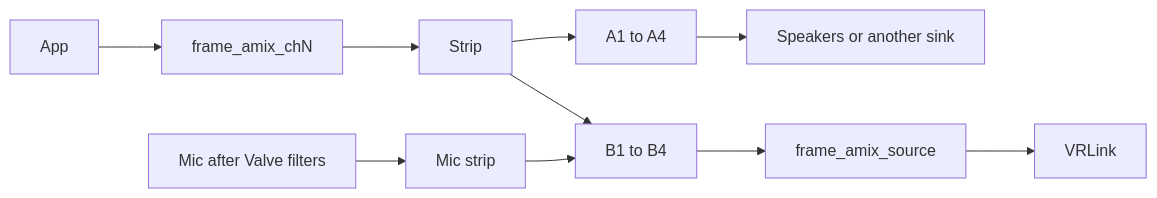
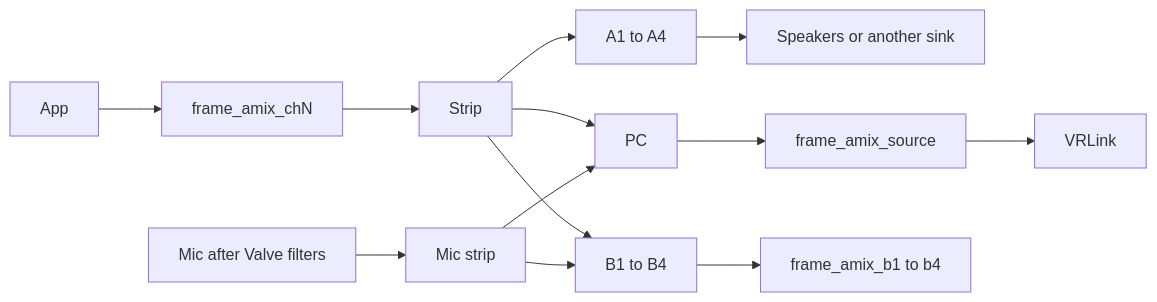
The diagram in docs/how-it-works.md (marcus-universe/frame-audio-mixer), drawn with Mermaid before and after one commit. The commit also changed other lines of this file and 42 other files, not shown here.

````diff
--- a/docs/how-it-works.md
+++ b/docs/how-it-works.md
@@ -7,12 +7,15 @@
 ```mermaid
 flowchart LR
   appA[App] --> chSink["frame_amix_chN"]
   micSrc["Mic after Valve filters"] --> micStrip["Mic strip"]
   chSink --> chStrip["Strip"]
   chStrip --> busA["A1 to A4"]
+  chStrip --> busPc["PC"]
   chStrip --> busB["B1 to B4"]
+  micStrip --> busPc
   micStrip --> busB
   busA --> speakers["Speakers or another sink"]
-  busB --> frameMix["frame_amix_source"]
+  busPc --> frameMix["frame_amix_source"]
+  busB --> virtualMics["frame_amix_b1 to b4"]
   frameMix --> vrlink["VRLink"]
 ```
````
